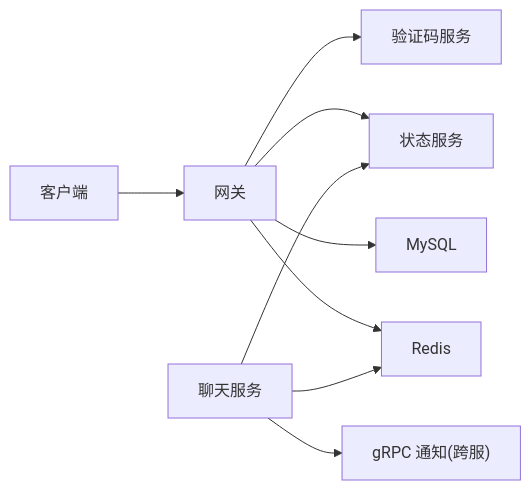
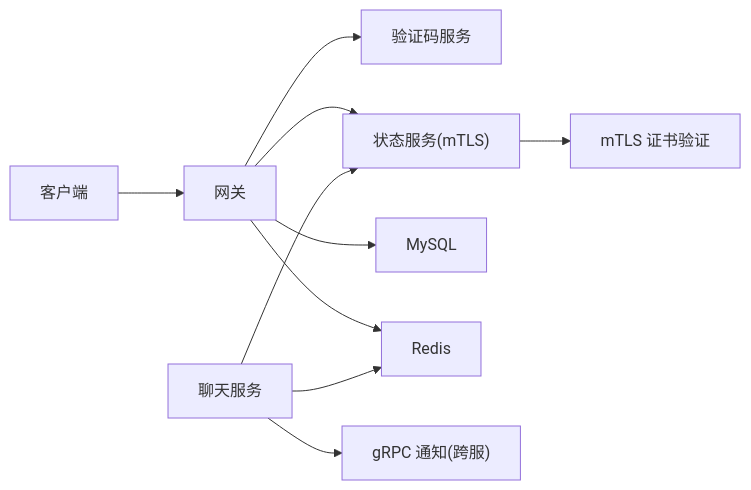
The ninth of 9 diagrams in .qoder/repowiki/zh/content/安全设计/身份认证系统/登录认证系统.md (echo9923/mychatter), drawn with Mermaid before and after one commit. The commit also changed other lines of this file and 107 other files, not shown here.

````diff
--- a/.qoder/repowiki/zh/content/安全设计/身份认证系统/登录认证系统.md
+++ b/.qoder/repowiki/zh/content/安全设计/身份认证系统/登录认证系统.md
@@ -295,11 +330,12 @@
 ```mermaid
 graph LR
 Client["客户端"] --> Gate["网关"]
 Gate --> Verify["验证码服务"]
-Gate --> Status["状态服务"]
+Gate --> Status["状态服务(mTLS)"]
 Gate --> DB["MySQL"]
 Gate --> Redis["Redis"]
 Chat["聊天服务"] --> Redis
 Chat --> Status
 Chat --> Notify["gRPC 通知(跨服)"]
+Status --> Cert["mTLS 证书验证"]
 ```
````
